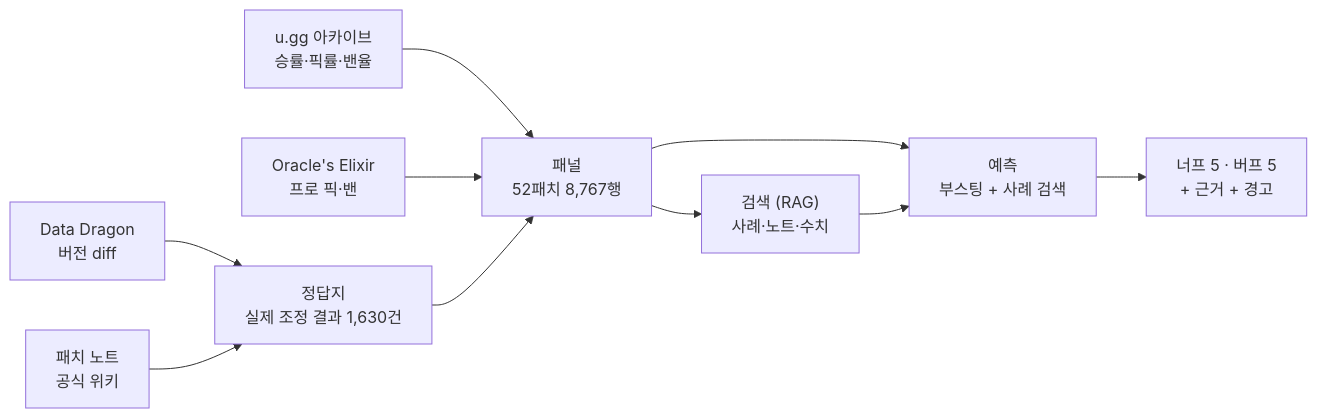
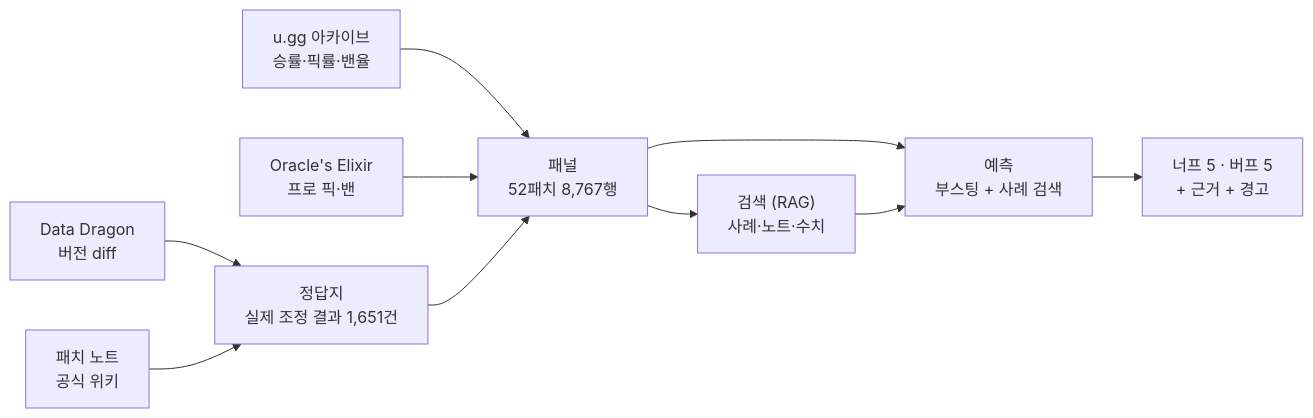
Before and after one commit to SangMyeong5426/LOL_BALANCE_PROJECT: the diagram in README.md, drawn with Mermaid. The commit also changed other lines of this file and 5 other files, not shown here.

````diff
--- a/README.md
+++ b/README.md
@@ -30,12 +30,12 @@
 ```mermaid
 flowchart LR
   U["u.gg 아카이브<br/>승률·픽률·밴율"] --> P
   O["Oracle's Elixir<br/>프로 픽·밴"] --> P["패널<br/>52패치 8,767행"]
-  D["Data Dragon<br/>버전 diff"] --> L["정답지<br/>실제 조정 결과 1,630건"]
+  D["Data Dragon<br/>버전 diff"] --> L["정답지<br/>실제 조정 결과 1,651건"]
   N["패치 노트<br/>공식 위키"] --> L
   L --> P
   P --> R["검색 (RAG)<br/>사례·노트·수치"]
   P --> M["예측<br/>부스팅 + 사례 검색"]
   R --> M
   M --> W["너프 5 · 버프 5<br/>+ 근거 + 경고"]
 ```
````
